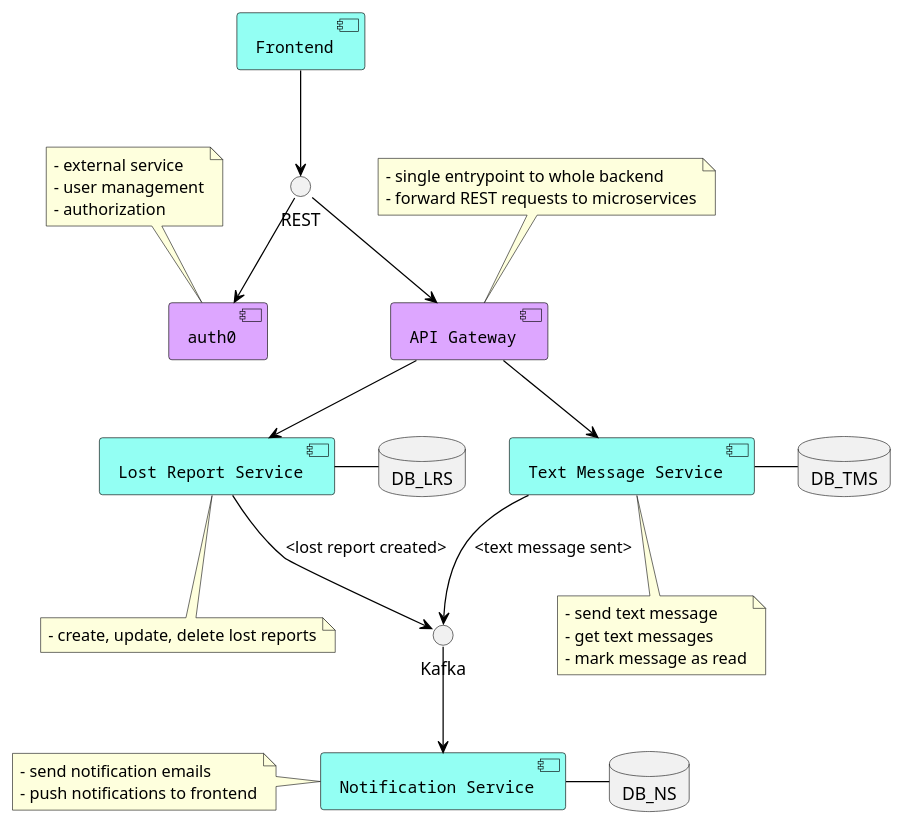
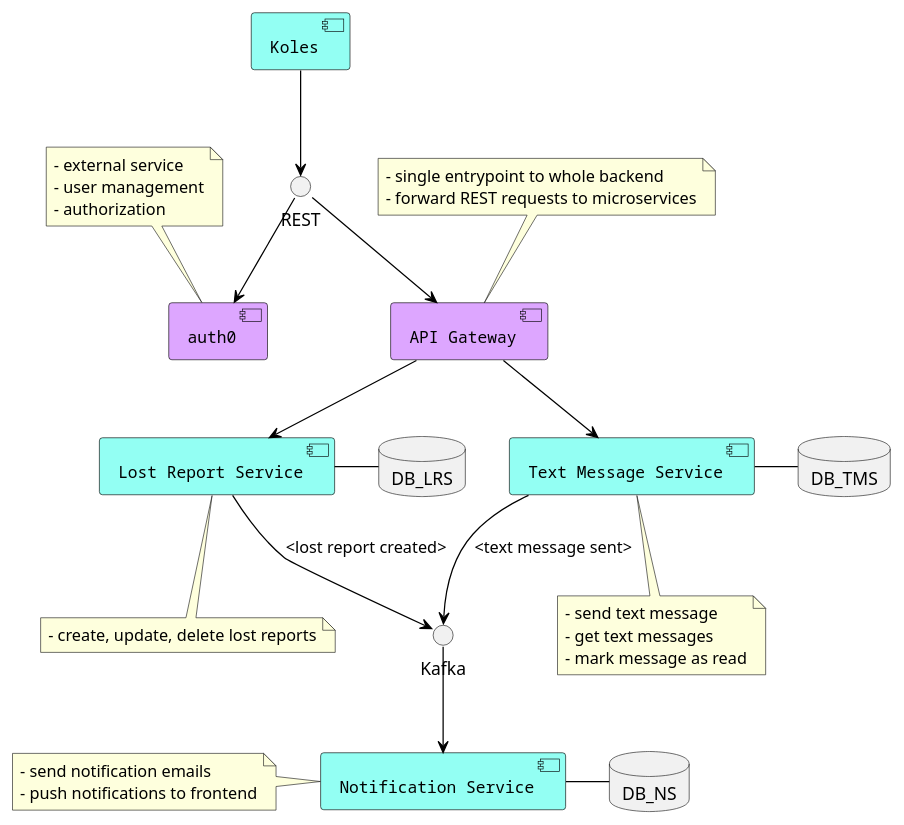
Before and after one commit to PawelMlyniec/Lost_and_found_diagrams: the diagram in architecture.md, drawn with PlantUML. The commit also changed 5 other files, not shown here.

````diff
--- a/architecture.md
+++ b/architecture.md
@@ -1,65 +1,65 @@
 ```plantuml
 skinparam component {
   FontSize 13
   FontName Courier
   BorderColor black
   BackgroundColor 93FFF3
   ArrowFontName Impact
   ArrowColor black
   ArrowFontColor black
 }
 
 skinparam note {
 
 }
 
-component "Frontend" as frontend
+component "Koles" as frontend
 component "API Gateway" as gateway #DDA6FF
 interface REST
 interface "Kafka" as kafka
 component "Lost Report Service" as LRS
 component "auth0" as auth0 #DDA6FF
 component "Text Message Service" as TMS
 component "Notification Service" as NS
 database DB_LRS
 database DB_TMS
 database DB_NS
 
 frontend --> REST
 REST --> gateway
 REST --> auth0
 gateway --> LRS
 gateway --> TMS
 LRS --> kafka: <lost report created>
 TMS --> kafka: <text message sent>
 kafka --> NS
 LRS - DB_LRS
 TMS - DB_TMS
 NS - DB_NS
 
 note top of gateway
     - single entrypoint to whole backend
     - forward REST requests to microservices
 end note
 
 note bottom of LRS
     - create, update, delete lost reports
 end note
 
 note bottom of TMS
     - send text message
     - get text messages
     - mark message as read
 end note
 
 note left of NS
     - send notification emails
     - push notifications to frontend
 end note
 
 note top of auth0
     - external service
     - user management
     - authorization
 end note
 ```
````
